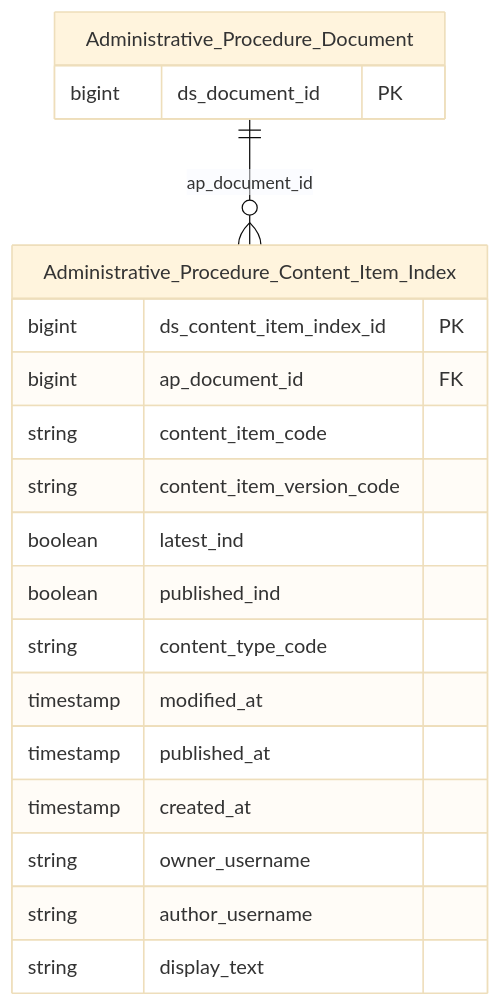
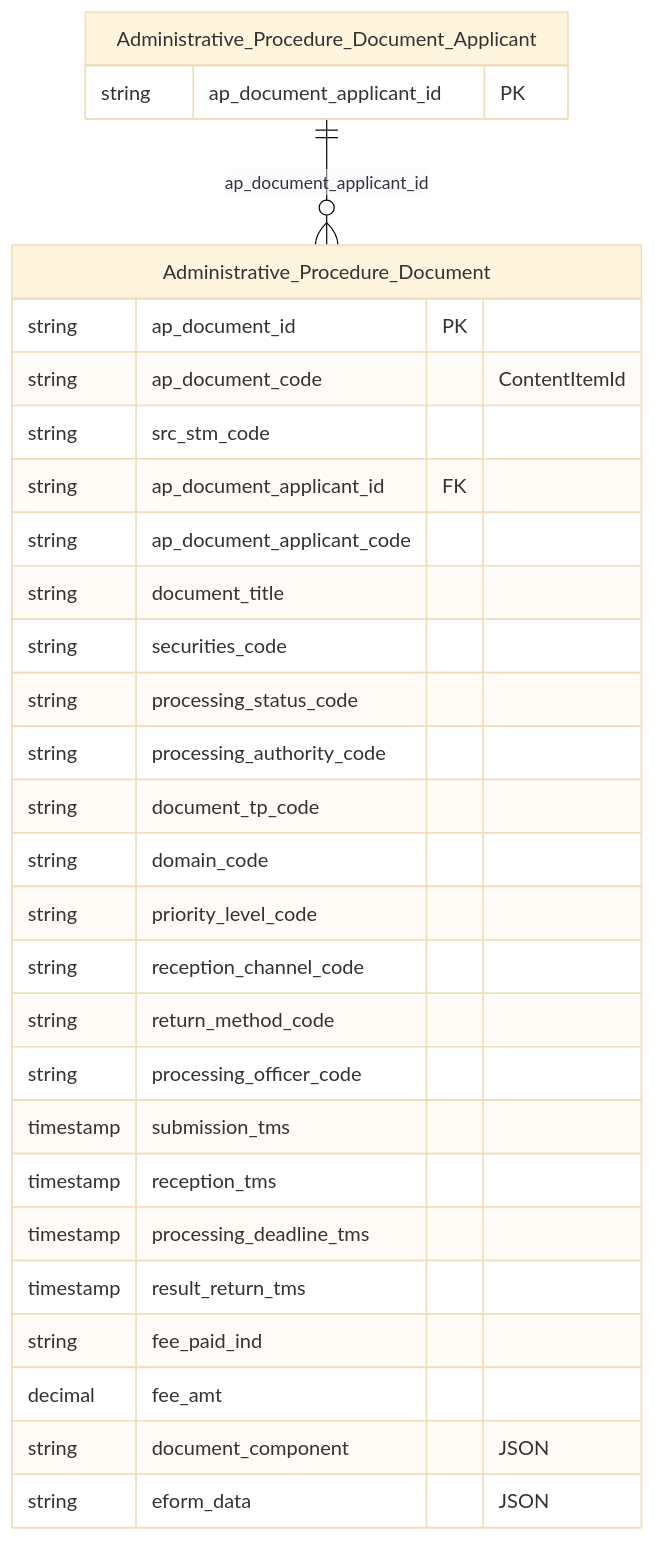
One commit to linhlvit/ubck_atomic_design changed the second of 2 diagrams in DataModel/working/Atomic/hld/TTHC_HLD_Tier2.md. Above: the diagram before and after it, drawn with Mermaid (base theme). The commit also changed other lines of this file and 25 other files, not shown here.

````diff
--- a/DataModel/working/Atomic/hld/TTHC_HLD_Tier2.md
+++ b/DataModel/working/Atomic/hld/TTHC_HLD_Tier2.md
@@ -50,24 +47,34 @@
 ```mermaid
 erDiagram
-    Administrative_Procedure_Document {
-        bigint ds_document_id PK
+    Administrative_Procedure_Document_Applicant {
+        string ap_document_applicant_id PK
     }
 
-    Administrative_Procedure_Content_Item_Index {
-        bigint ds_content_item_index_id PK
-        bigint ap_document_id FK
-        string content_item_code
-        string content_item_version_code
-        boolean latest_ind
-        boolean published_ind
-        string content_type_code
-        timestamp modified_at
-        timestamp published_at
-        timestamp created_at
-        string owner_username
-        string author_username
-        string display_text
+    Administrative_Procedure_Document {
+        string ap_document_id PK
+        string ap_document_code "ContentItemId"
+        string src_stm_code
+        string ap_document_applicant_id FK
+        string ap_document_applicant_code
+        string document_title
+        string securities_code
+        string processing_status_code
+        string processing_authority_code
+        string document_tp_code
+        string domain_code
+        string priority_level_code
+        string reception_channel_code
+        string return_method_code
+        string processing_officer_code
+        timestamp submission_tms
+        timestamp reception_tms
+        timestamp processing_deadline_tms
+        timestamp result_return_tms
+        string fee_paid_ind
+        decimal fee_amt
+        string document_component "JSON"
+        string eform_data "JSON"
     }
 
-    Administrative_Procedure_Document ||--o{ Administrative_Procedure_Content_Item_Index : "ap_document_id"
+    Administrative_Procedure_Document_Applicant ||--o{ Administrative_Procedure_Document : "ap_document_applicant_id"
 ```
````
